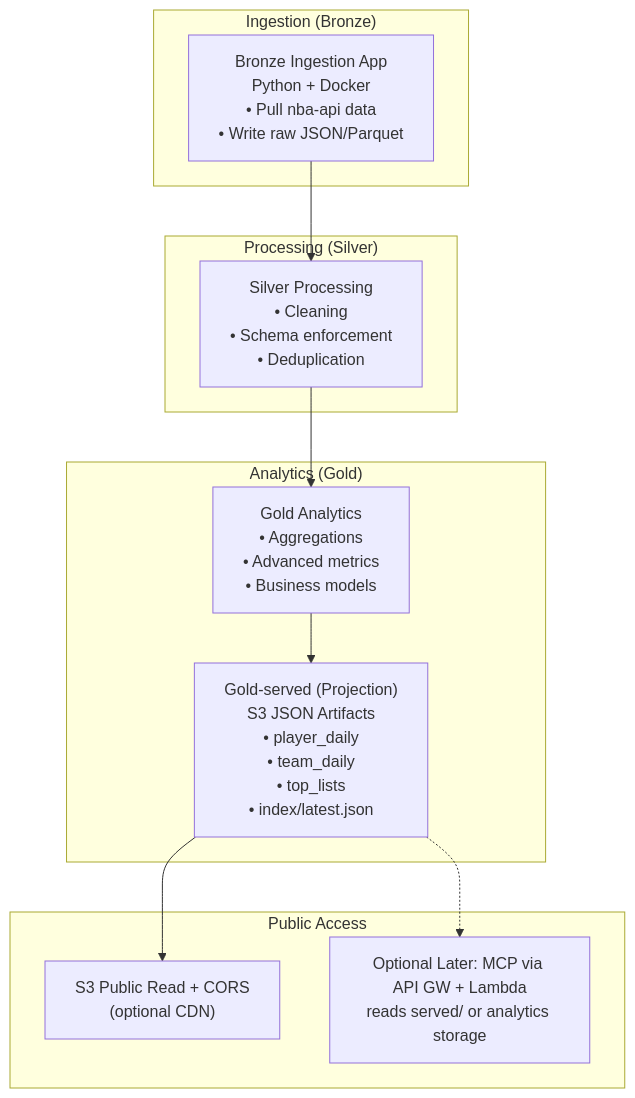
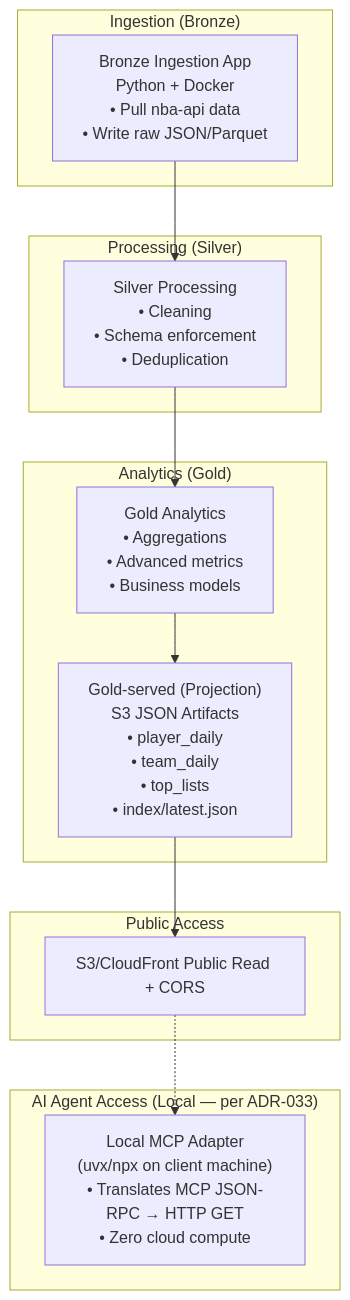
One commit to efischer19/hoopstat-haus changed the diagram in meta/plans/v2-architecture-diagram.md. Above: the diagram before and after it, drawn with Mermaid. The commit also changed other lines of this file and 6 other files, not shown here.

First line of the commit message:
feat: create ADR-033 local proxy MCP architecture and clean up documentation

````diff
--- a/meta/plans/v2-architecture-diagram.md
+++ b/meta/plans/v2-architecture-diagram.md
@@ -5,23 +5,26 @@
 ```mermaid
 graph TB
     subgraph "Ingestion (Bronze)"
         BRONZE_APP["Bronze Ingestion App\nPython + Docker\n• Pull nba-api data\n• Write raw JSON/Parquet"]
     end
 
     subgraph "Processing (Silver)"
         SILVER_JOBS["Silver Processing\n• Cleaning\n• Schema enforcement\n• Deduplication"]
     end
 
     subgraph "Analytics (Gold)"
         GOLD_JOBS["Gold Analytics\n• Aggregations\n• Advanced metrics\n• Business models"]
         SERVED["Gold-served (Projection)\nS3 JSON Artifacts\n• player_daily\n• team_daily\n• top_lists\n• index/latest.json"]
     end
 
     subgraph "Public Access"
-        S3_PUBLIC["S3 Public Read + CORS\n(optional CDN)"]
-        OPTIONAL_MCP["Optional Later: MCP via API GW + Lambda\nreads served/ or analytics storage"]
+        S3_PUBLIC["S3/CloudFront Public Read + CORS"]
+    end
+
+    subgraph "AI Agent Access (Local — per ADR-033)"
+        LOCAL_MCP["Local MCP Adapter\n(uvx/npx on client machine)\n• Translates MCP JSON-RPC → HTTP GET\n• Zero cloud compute"]
     end
 
     BRONZE_APP --> SILVER_JOBS --> GOLD_JOBS --> SERVED --> S3_PUBLIC
-    SERVED -.-> OPTIONAL_MCP
+    S3_PUBLIC -.-> LOCAL_MCP
 ```
````
